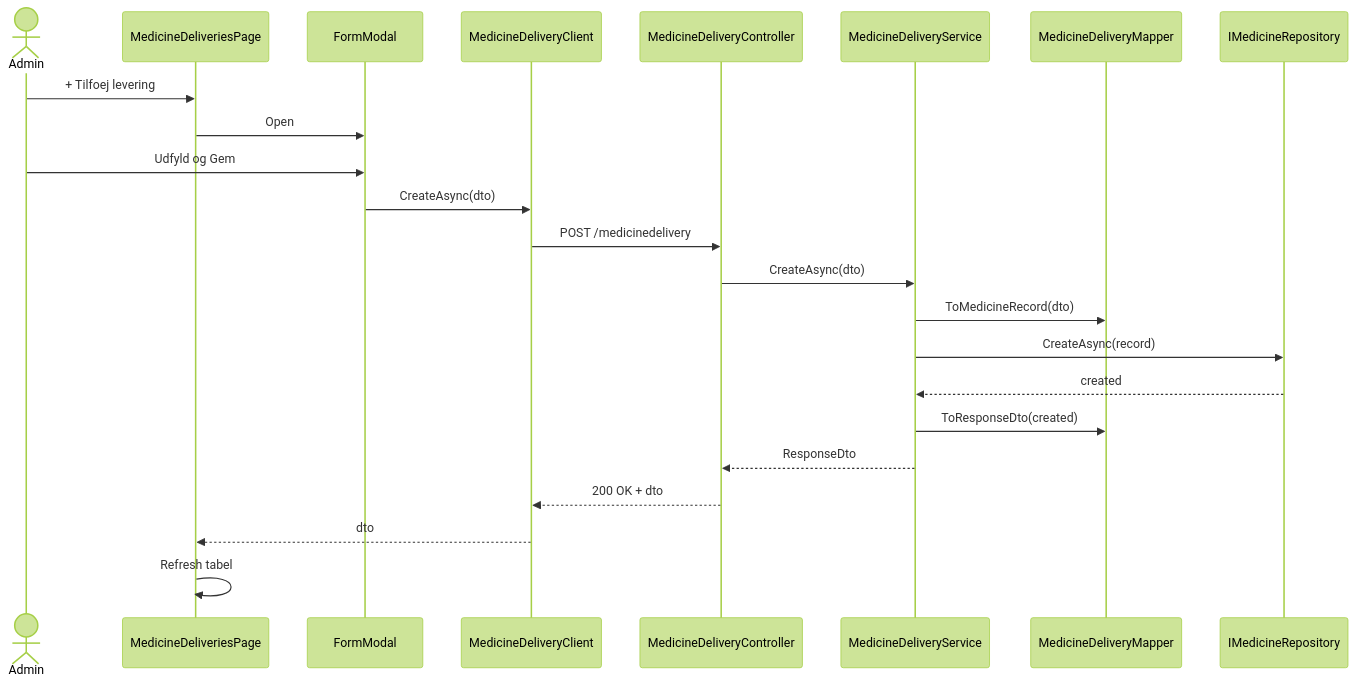
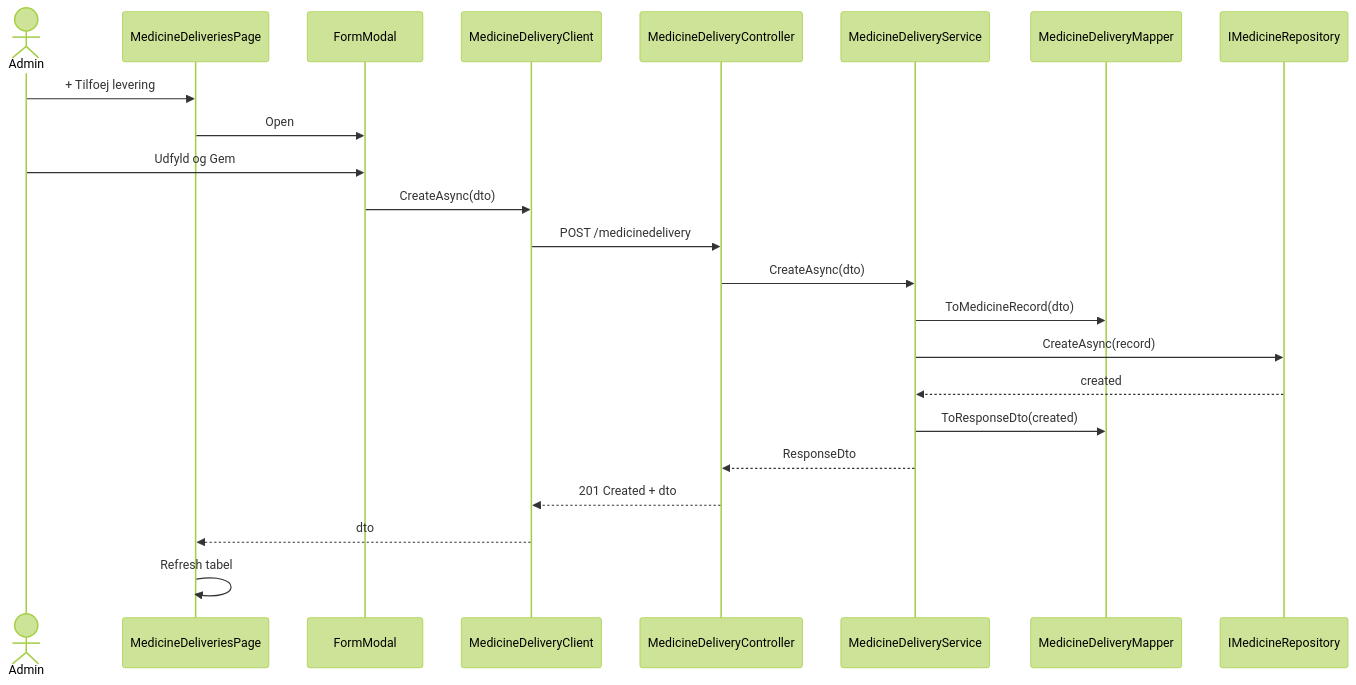
One commit to DMOoF25-Team6/Slottets-Drifttavlen changed the diagram in docs/use-cases/uc-020/sd.md. Above: the diagram before and after it, drawn with Mermaid (forest theme). The commit also changed 4 other files, not shown here.

````diff
--- a/docs/use-cases/uc-020/sd.md
+++ b/docs/use-cases/uc-020/sd.md
@@ -3,26 +3,26 @@
 ```mermaid
 sequenceDiagram
     actor A as Admin
     participant UI as MedicineDeliveriesPage
     participant Modal as FormModal
     participant Client as MedicineDeliveryClient
     participant Api as MedicineDeliveryController
     participant Svc as MedicineDeliveryService
     participant Map as MedicineDeliveryMapper
     participant Repo as IMedicineRepository
 
     A->>UI: + Tilfoej levering
     UI->>Modal: Open
     A->>Modal: Udfyld og Gem
     Modal->>Client: CreateAsync(dto)
     Client->>Api: POST /medicinedelivery
     Api->>Svc: CreateAsync(dto)
     Svc->>Map: ToMedicineRecord(dto)
     Svc->>Repo: CreateAsync(record)
     Repo-->>Svc: created
     Svc->>Map: ToResponseDto(created)
     Svc-->>Api: ResponseDto
-    Api-->>Client: 200 OK + dto
+    Api-->>Client: 201 Created + dto
     Client-->>UI: dto
     UI->>UI: Refresh tabel
 ```
````
